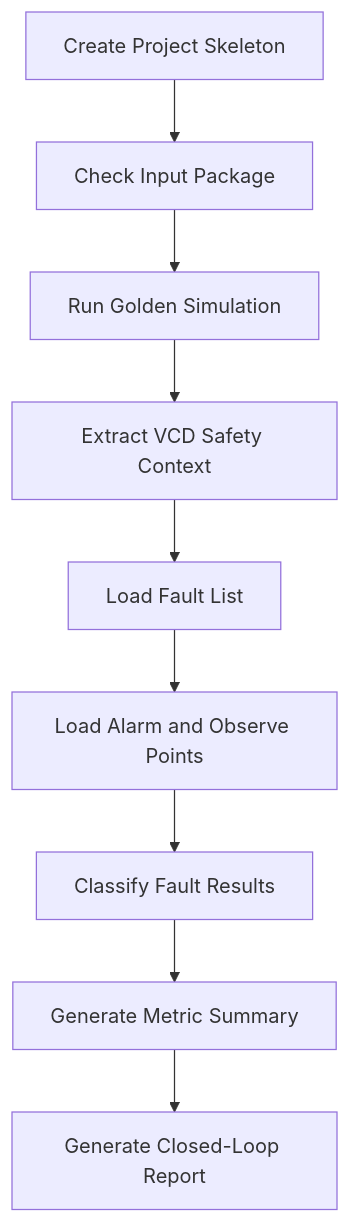
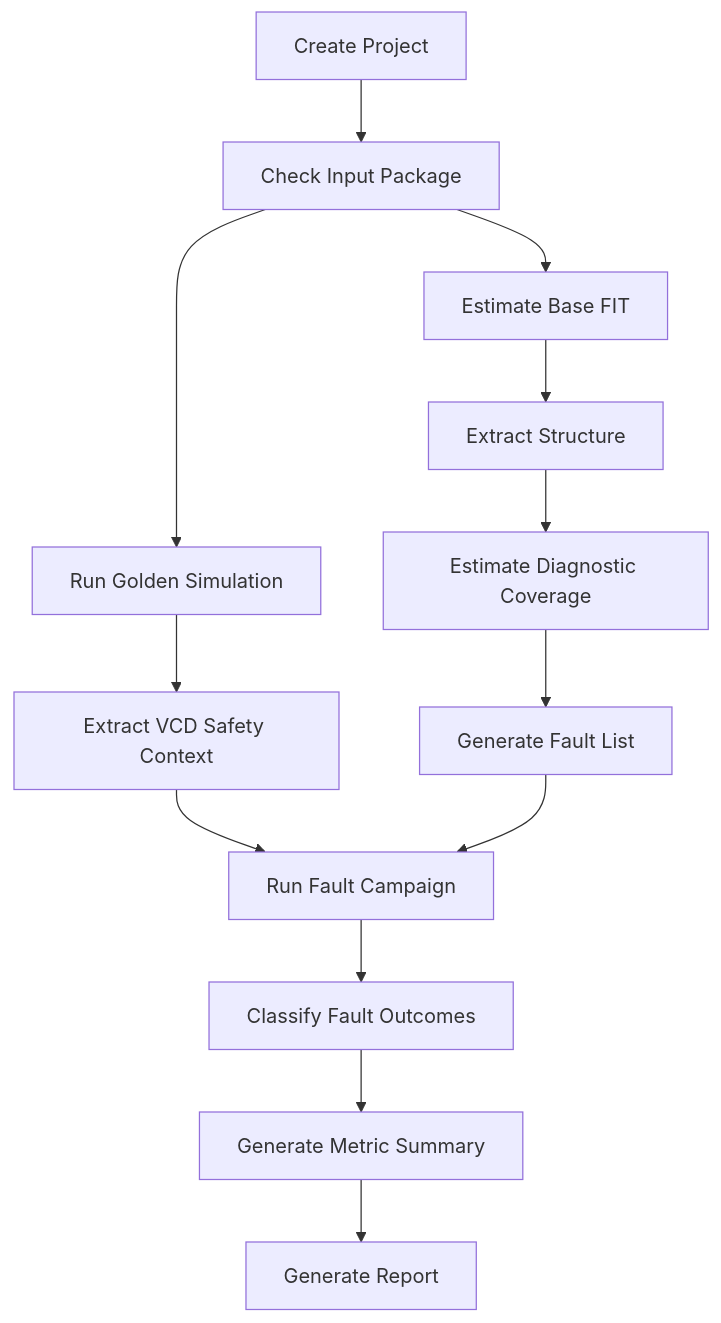
One commit to qiqixixi1001/automotive-safeic-practice changed diagram 11 of 11 in articles/01_automotive_safeic_practice_d01_github_en_revised.md. Above: the diagram before and after it, drawn with Mermaid. The commit also changed other lines of this file, not shown here.

````diff
--- a/articles/01_automotive_safeic_practice_d01_github_en_revised.md
+++ b/articles/01_automotive_safeic_practice_d01_github_en_revised.md
@@ -743,11 +1308,15 @@
 ```mermaid
 flowchart TD
-    A[Create Project Skeleton] --> B[Check Input Package]
+    A[Create Project] --> B[Check Input Package]
     B --> C[Run Golden Simulation]
     C --> D[Extract VCD Safety Context]
-    D --> E[Load Fault List]
-    E --> F[Load Alarm and Observe Points]
-    F --> G[Classify Fault Results]
-    G --> H[Generate Metric Summary]
-    H --> I[Generate Closed-Loop Report]
+    B --> E[Estimate Base FIT]
+    E --> F[Extract Structure]
+    F --> G[Estimate Diagnostic Coverage]
+    G --> H[Generate Fault List]
+    D --> I[Run Fault Campaign]
+    H --> I
+    I --> J[Classify Fault Outcomes]
+    J --> K[Generate Metric Summary]
+    K --> L[Generate Report]
 ```
````
